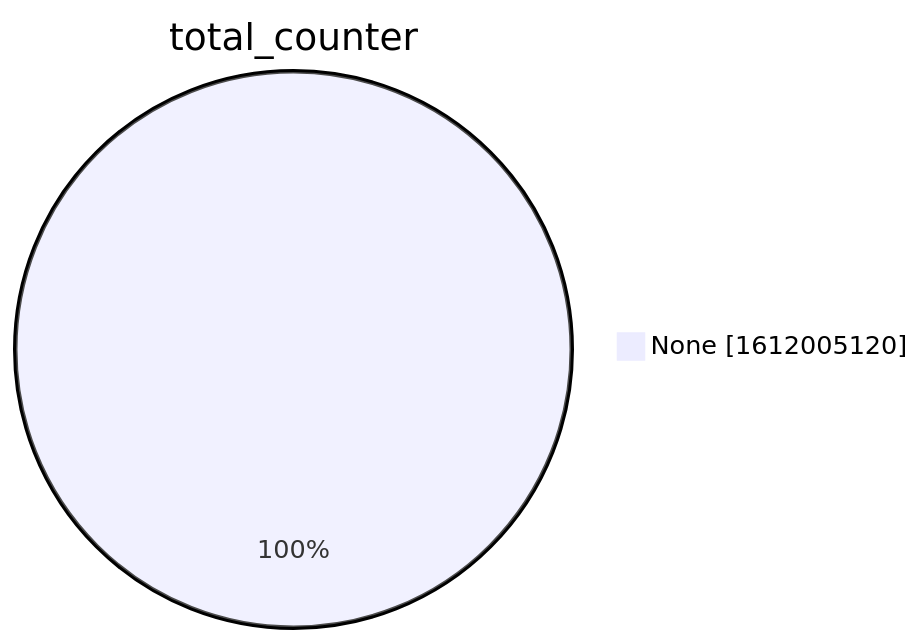
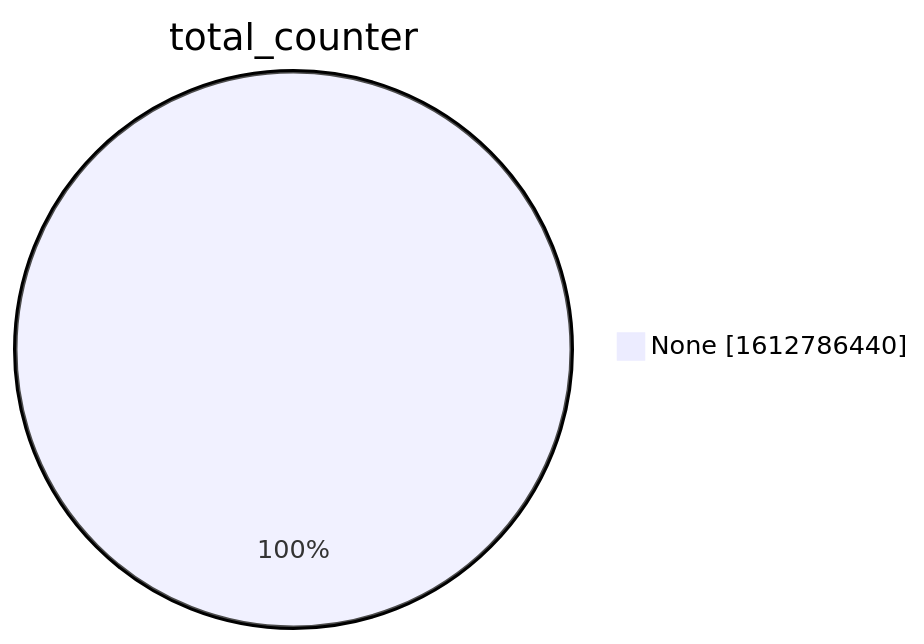
Before and after one commit to christiankrug/ctmonitor_visualization: the second of 15 diagrams in xenon2022/README.md, drawn with Mermaid. The commit also changed other lines of this file, not shown here.

````diff
--- a/xenon2022/README.md
+++ b/xenon2022/README.md
@@ -9,5 +9,5 @@
 ```mermaid
 pie showData
 title total_counter
-"None" :1612005120
+"None" :1612786440
 ```
````
